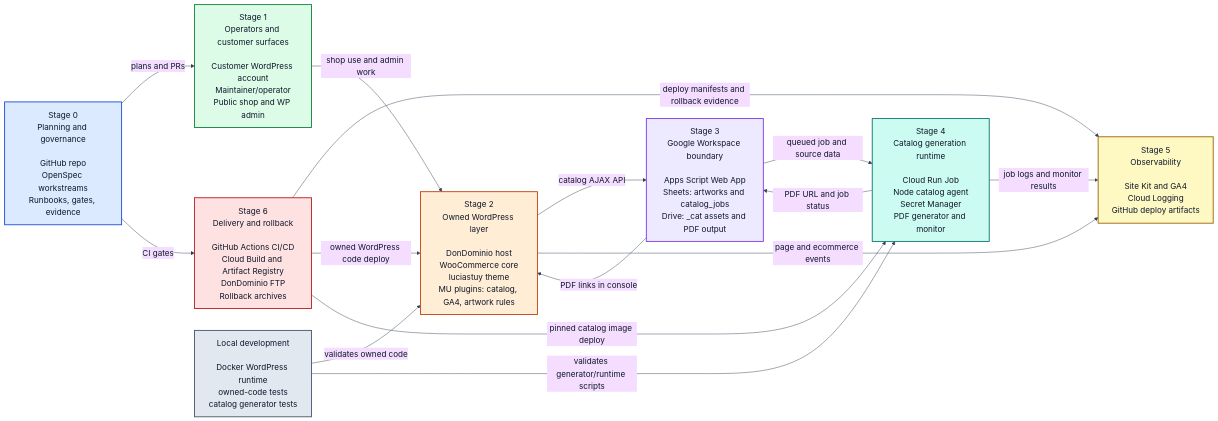
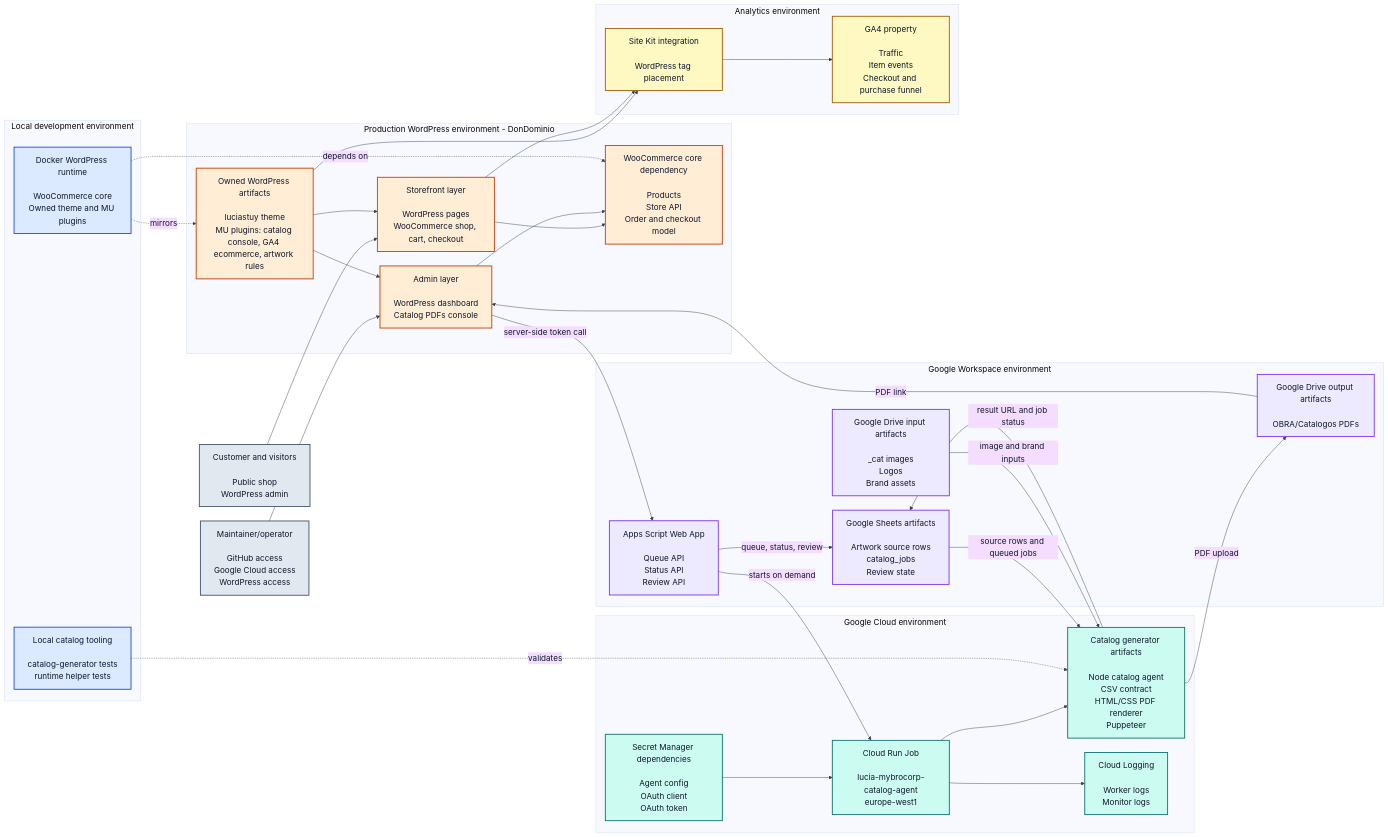
The first of 2 diagrams in README.md (saski/mybroworld), drawn with Mermaid before and after one commit. The commit also changed other lines of this file, not shown here.

Commit message:
Separate architecture and workflow diagrams

````diff
--- a/README.md
+++ b/README.md
@@ -11,47 +13,78 @@
 ```mermaid
 %%{init: {"theme": "base", "themeVariables": {"fontSize": "18px", "fontFamily": "Arial, sans-serif", "lineColor": "#334155", "primaryTextColor": "#0f172a"}, "flowchart": {"nodeSpacing": 32, "rankSpacing": 42, "curve": "basis"}}}%%
 flowchart LR
-  governance["Stage 0<br/>Planning and governance<br/><br/>GitHub repo<br/>OpenSpec workstreams<br/>Runbooks, gates, evidence"]
-  users["Stage 1<br/>Operators and customer surfaces<br/><br/>Customer WordPress account<br/>Maintainer/operator<br/>Public shop and WP admin"]
-  wordpress["Stage 2<br/>Owned WordPress layer<br/><br/>DonDominio host<br/>WooCommerce core<br/>luciastuy theme<br/>MU plugins: catalog, GA4, artwork rules"]
-  workspace["Stage 3<br/>Google Workspace boundary<br/><br/>Apps Script Web App<br/>Sheets: artworks and catalog_jobs<br/>Drive: _cat assets and PDF output"]
-  catalog["Stage 4<br/>Catalog generation runtime<br/><br/>Cloud Run Job<br/>Node catalog agent<br/>Secret Manager<br/>PDF generator and monitor"]
-  observability["Stage 5<br/>Observability<br/><br/>Site Kit and GA4<br/>Cloud Logging<br/>GitHub deploy artifacts"]
-  delivery["Stage 6<br/>Delivery and rollback<br/><br/>GitHub Actions CI/CD<br/>Cloud Build and Artifact Registry<br/>DonDominio FTP<br/>Rollback archives"]
-  local["Local development<br/><br/>Docker WordPress runtime<br/>owned-code tests<br/>catalog generator tests"]
+  customer["Customer and visitors<br/><br/>Public shop<br/>WordPress admin"]
+  operator["Maintainer/operator<br/><br/>GitHub access<br/>Google Cloud access<br/>WordPress access"]
 
-  governance -->|"plans and PRs"| users
-  users -->|"shop use and admin work"| wordpress
-  wordpress -->|"catalog AJAX API"| workspace
-  workspace -->|"queued job and source data"| catalog
-  catalog -->|"PDF URL and job status"| workspace
-  workspace -->|"PDF links in console"| wordpress
+  subgraph wpEnv["Production WordPress environment - DonDominio"]
+    storefront["Storefront layer<br/><br/>WordPress pages<br/>WooCommerce shop, cart, checkout"]
+    admin["Admin layer<br/><br/>WordPress dashboard<br/>Catalog PDFs console"]
+    ownedWp["Owned WordPress artifacts<br/><br/>luciastuy theme<br/>MU plugins: catalog console, GA4 ecommerce, artwork rules"]
+    woo["WooCommerce core dependency<br/><br/>Products<br/>Store API<br/>Order and checkout model"]
+  end
 
-  wordpress -->|"page and ecommerce events"| observability
-  catalog -->|"job logs and monitor results"| observability
-  delivery -->|"deploy manifests and rollback evidence"| observability
+  subgraph workspaceEnv["Google Workspace environment"]
+    appsScript["Apps Script Web App<br/><br/>Queue API<br/>Status API<br/>Review API"]
+    sheets["Google Sheets artifacts<br/><br/>Artwork source rows<br/>catalog_jobs<br/>Review state"]
+    driveInput["Google Drive input artifacts<br/><br/>_cat images<br/>Logos<br/>Brand assets"]
+    driveOutput["Google Drive output artifacts<br/><br/>OBRA/Catalogos PDFs"]
+  end
 
-  governance -->|"CI gates"| delivery
-  delivery -->|"owned WordPress code deploy"| wordpress
-  delivery -->|"pinned catalog image deploy"| catalog
-  local -->|"validates owned code"| wordpress
-  local -->|"validates generator/runtime scripts"| catalog
+  subgraph cloudEnv["Google Cloud environment"]
+    cloudRun["Cloud Run Job<br/><br/>lucia-mybrocorp-catalog-agent<br/>europe-west1"]
+    catalogCode["Catalog generator artifacts<br/><br/>Node catalog agent<br/>CSV contract<br/>HTML/CSS PDF renderer<br/>Puppeteer"]
+    secrets["Secret Manager dependencies<br/><br/>Agent config<br/>OAuth client<br/>OAuth token"]
+    cloudLogs["Cloud Logging<br/><br/>Worker logs<br/>Monitor logs"]
+  end
 
-  classDef governanceFill fill:#dbeafe,stroke:#1d4ed8,color:#0f172a,stroke-width:2px
-  classDef userFill fill:#dcfce7,stroke:#15803d,color:#0f172a,stroke-width:2px
-  classDef wordpressFill fill:#ffedd5,stroke:#c2410c,color:#0f172a,stroke-width:2px
-  classDef workspaceFill fill:#ede9fe,stroke:#7c3aed,color:#0f172a,stroke-width:2px
-  classDef runtimeFill fill:#ccfbf1,stroke:#0f766e,color:#0f172a,stroke-width:2px
-  classDef observabilityFill fill:#fef9c3,stroke:#a16207,color:#0f172a,stroke-width:2px
-  classDef deliveryFill fill:#fee2e2,stroke:#b91c1c,color:#0f172a,stroke-width:2px
-  classDef localFill fill:#e2e8f0,stroke:#475569,color:#0f172a,stroke-width:2px
+  subgraph analyticsEnv["Analytics environment"]
+    siteKit["Site Kit integration<br/><br/>WordPress tag placement"]
+    ga4["GA4 property<br/><br/>Traffic<br/>Item events<br/>Checkout and purchase funnel"]
+  end
 
-  class governance governanceFill
-  class users userFill
-  class wordpress wordpressFill
-  class workspace workspaceFill
-  class catalog runtimeFill
-  class observability observabilityFill
-  class delivery deliveryFill
-  class local localFill
+  subgraph localEnv["Local development environment"]
+    localWp["Docker WordPress runtime<br/><br/>WooCommerce core<br/>Owned theme and MU plugins"]
+    localCatalog["Local catalog tooling<br/><br/>catalog-generator tests<br/>runtime helper tests"]
+  end
+
+  customer --> storefront
+  operator --> admin
+  storefront --> woo
+  admin --> woo
+  ownedWp --> storefront
+  ownedWp --> admin
+  admin -->|"server-side token call"| appsScript
+
+  appsScript -->|"queue, status, review"| sheets
+  appsScript -->|"starts on demand"| cloudRun
+  cloudRun --> catalogCode
+  secrets --> cloudRun
+  sheets -->|"source rows and queued jobs"| catalogCode
+  driveInput -->|"image and brand inputs"| catalogCode
+  catalogCode -->|"PDF upload"| driveOutput
+  catalogCode -->|"result URL and job status"| sheets
+  driveOutput -->|"PDF link"| admin
+
+  ownedWp --> siteKit
+  storefront --> siteKit
+  siteKit --> ga4
+  cloudRun --> cloudLogs
+
+  localWp -. mirrors .-> ownedWp
+  localWp -. depends on .-> woo
+  localCatalog -. validates .-> catalogCode
+
+  classDef actor fill:#e2e8f0,stroke:#475569,color:#0f172a,stroke-width:2px
+  classDef wordpress fill:#ffedd5,stroke:#c2410c,color:#0f172a,stroke-width:2px
+  classDef workspace fill:#ede9fe,stroke:#7c3aed,color:#0f172a,stroke-width:2px
+  classDef cloud fill:#ccfbf1,stroke:#0f766e,color:#0f172a,stroke-width:2px
+  classDef analytics fill:#fef9c3,stroke:#a16207,color:#0f172a,stroke-width:2px
+  classDef local fill:#dbeafe,stroke:#1d4ed8,color:#0f172a,stroke-width:2px
+
+  class customer,operator actor
+  class storefront,admin,ownedWp,woo wordpress
+  class appsScript,sheets,driveInput,driveOutput workspace
+  class cloudRun,catalogCode,secrets,cloudLogs cloud
+  class siteKit,ga4 analytics
+  class localWp,localCatalog local
 ```
````
